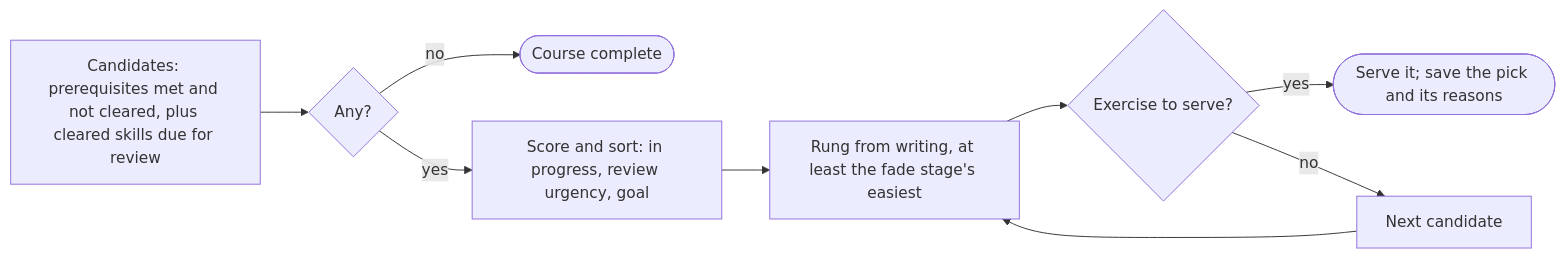
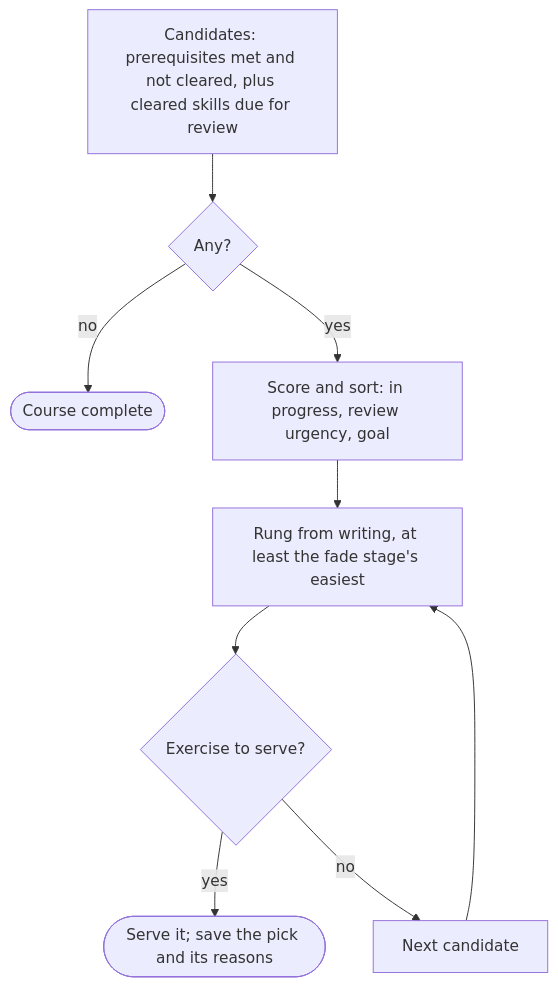
Before and after one commit to Nidanos/ai-tutor-platform: the eighth of 23 diagrams in DOCS/phase-3/MP3-Draft-Report.md, drawn with Mermaid. The commit also changed other lines of this file and 1 other file, not shown here.

Commit message:
docs: make every Phase 3 report diagram readable in print

````diff
--- a/DOCS/phase-3/MP3-Draft-Report.md
+++ b/DOCS/phase-3/MP3-Draft-Report.md
@@ -577,11 +616,11 @@
 ```mermaid
-flowchart LR
+flowchart TB
   A["Candidates: prerequisites met and not cleared, plus cleared skills due for review"] --> F{"Any?"}
   F -->|no| G(["Course complete"])
   F -->|yes| H["Score and sort: in progress, review urgency, goal"]
   H --> J["Rung from writing, at least the fade stage's easiest"]
   J --> K{"Exercise to serve?"}
   K -->|yes| O(["Serve it; save the pick and its reasons"])
   K -->|no| N["Next candidate"]
   N --> J
 ```
````
